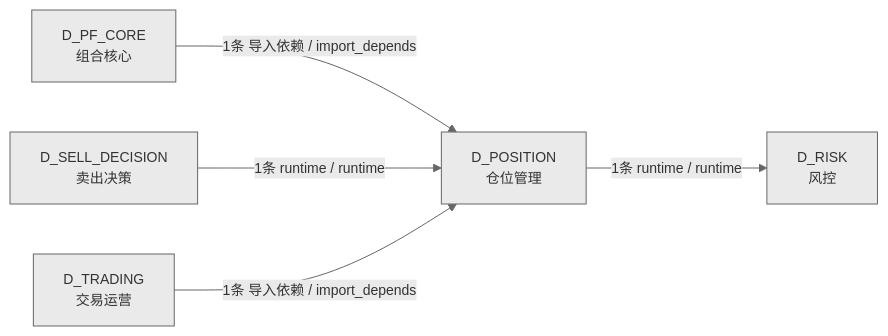
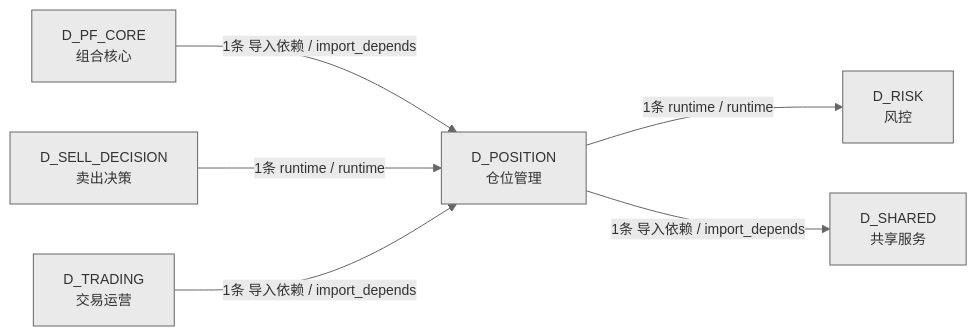
One commit to xuanFelixVan/ZephyrAlpha changed the fourth of 4 diagrams in docs/02_enterprise_architecture/02_domain_architecture_docs/64_d_position.md. Above: the diagram before and after it, drawn with Mermaid. The commit also changed other lines of this file and 60 other files, not shown here.

````diff
--- a/docs/02_enterprise_architecture/02_domain_architecture_docs/64_d_position.md
+++ b/docs/02_enterprise_architecture/02_domain_architecture_docs/64_d_position.md
@@ -172,13 +180,15 @@
 ```mermaid
 %%{init: {'theme': 'base', 'themeVariables': {'primaryColor': '#eaeaea', 'primaryTextColor': '#333333', 'primaryBorderColor': '#666666', 'lineColor': '#666666', 'secondaryColor': '#eaeaea', 'tertiaryColor': '#eaeaea', 'fontSize': '14px'}}}%%
 graph LR
     D_POSITION["D_POSITION<br/>仓位管理"]
     D_RISK["D_RISK<br/>风控"]
+    D_SHARED["D_SHARED<br/>共享服务"]
     D_PF_CORE["D_PF_CORE<br/>组合核心"]
     D_SELL_DECISION["D_SELL_DECISION<br/>卖出决策"]
     D_TRADING["D_TRADING<br/>交易运营"]
     D_POSITION -->|1条 runtime / runtime| D_RISK
+    D_POSITION -->|1条 导入依赖 / import_depends| D_SHARED
     D_PF_CORE -->|1条 导入依赖 / import_depends| D_POSITION
     D_SELL_DECISION -->|1条 runtime / runtime| D_POSITION
     D_TRADING -->|1条 导入依赖 / import_depends| D_POSITION
 ```
````
